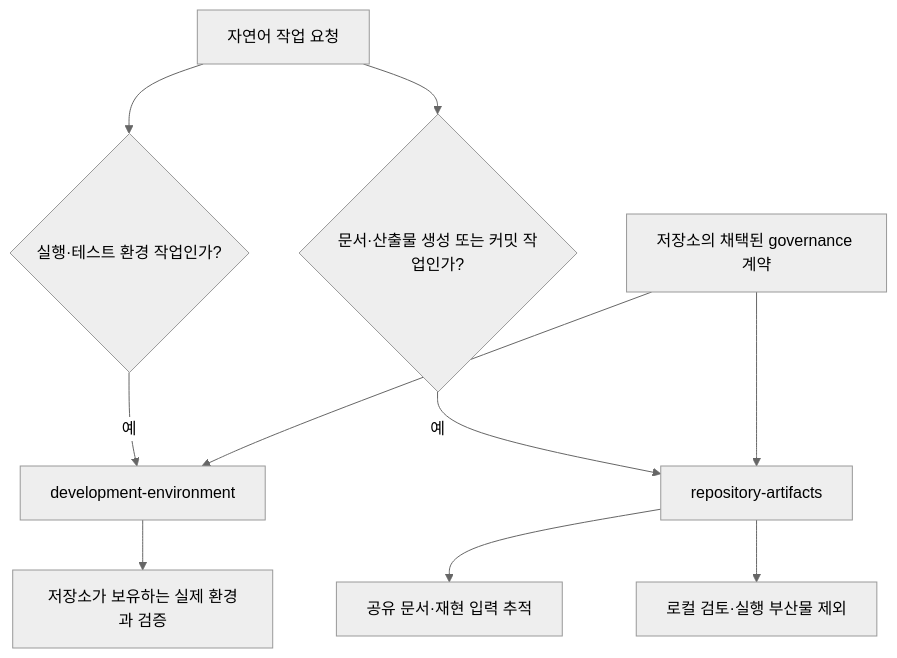
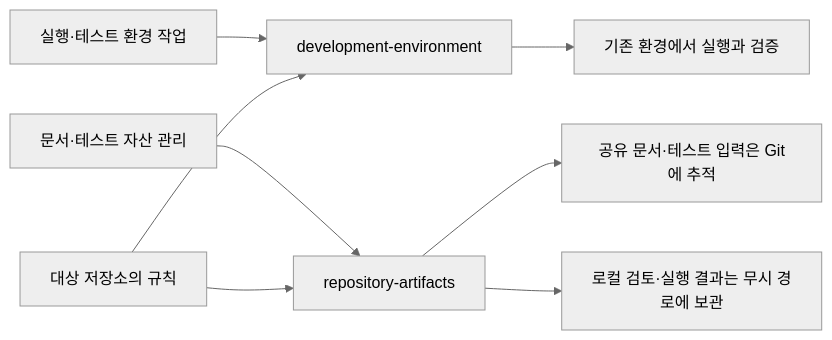
Before and after one commit to tttaliesin/personal-harness: the diagram in docs/repository-workflows.md, drawn with Mermaid (neutral theme). The commit also changed other lines of this file and 88 other files, not shown here.

````diff
--- a/docs/repository-workflows.md
+++ b/docs/repository-workflows.md
@@ -25,12 +18,10 @@
 ```mermaid
-flowchart TD
-    R[자연어 작업 요청] --> E{실행·테스트 환경 작업인가?}
-    E -->|예| D[development-environment]
-    R --> A{문서·산출물 생성 또는 커밋 작업인가?}
-    A -->|예| F[repository-artifacts]
-    G[저장소의 채택된 governance 계약] --> D
+flowchart LR
+    E["실행·테스트 환경 작업"] --> D["development-environment"]
+    A["문서·테스트 자산 관리"] --> F["repository-artifacts"]
+    G["대상 저장소의 규칙"] --> D
     G --> F
-    D --> I[저장소가 보유하는 실제 환경과 검증]
-    F --> T[공유 문서·재현 입력 추적]
-    F --> L[로컬 검토·실행 부산물 제외]
+    D --> I["기존 환경에서 실행과 검증"]
+    F --> T["공유 문서·테스트 입력은 Git에 추적"]
+    F --> L["로컬 검토·실행 결과는 무시 경로에 보관"]
 ```
````
